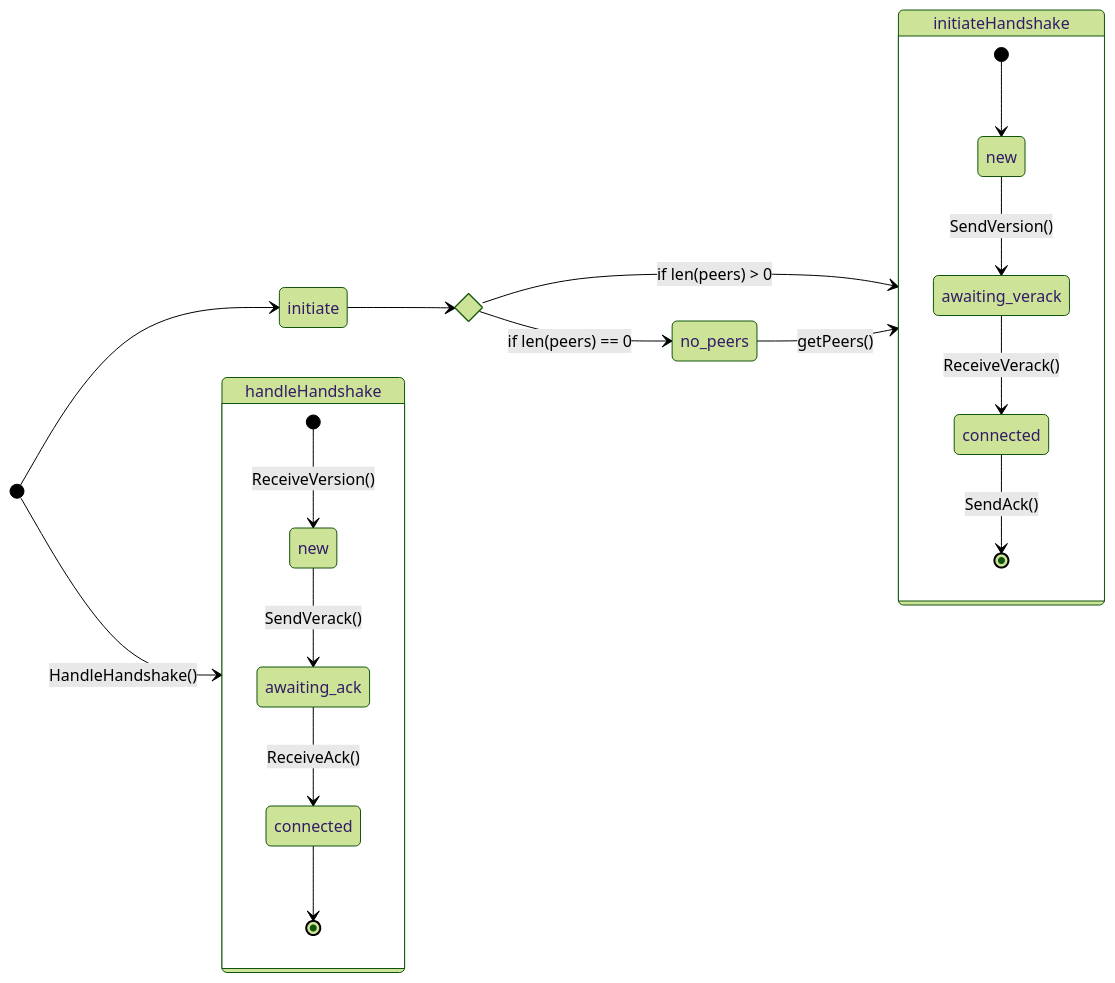
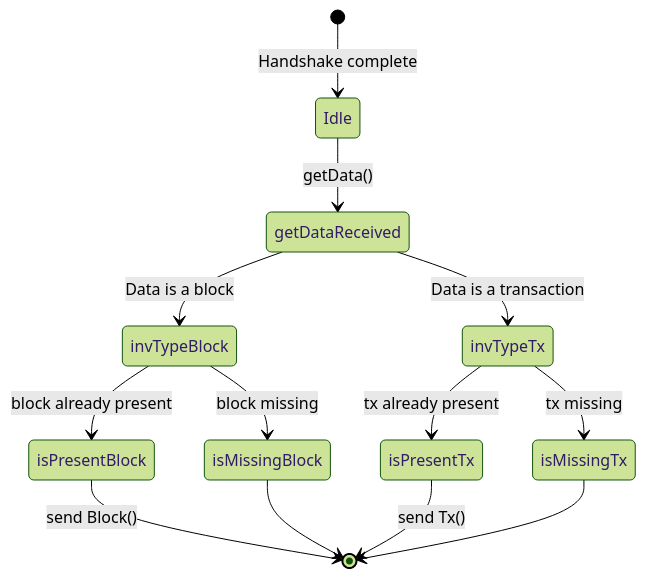
One commit to bjoern621/VSP-Blockchain changed the seventh of 12 diagrams in docs/arc42/arc42-MinerNetwork/MinerNetwork.md. Above: the diagram before and after it, drawn with Mermaid (forest theme). The commit also changed other lines of this file and 25 other files, not shown here.

````diff
--- a/docs/arc42/arc42-MinerNetwork/MinerNetwork.md
+++ b/docs/arc42/arc42-MinerNetwork/MinerNetwork.md
@@ -465,30 +682,19 @@
 ```mermaid
 stateDiagram-v2
-    direction LR
-    state peer_check <<choice>>
-    [*] --> initiate
-    initiate --> peer_check
-    peer_check --> no_peers: if len(peers) == 0
-    peer_check --> initiateHandshake : if len(peers) > 0
-    no_peers --> initiateHandshake : getPeers()
-    [*] --> handleHandshake: HandleHandshake()
-
-    state initiateHandshake {
-        [*] --> new
-        new --> awaiting_verack: SendVersion()
-        awaiting_verack --> connected: ReceiveVerack()
-        connected --> [*]: SendAck()
-    }
-
-    state handleHandshake {
-        [*] --> new_: ReceiveVersion()
-        new_ --> awaiting_ack: SendVerack()
-        awaiting_ack --> connected_: ReceiveAck()
-        connected_ --> [*]
-
-    }
-
-    connected_: connected
-    new_: new
-
+    [*] --> Idle : Handshake complete
+    Idle --> getDataReceived : getData()
+    getDataReceived --> invTypeBlock : Data is a block
+    getDataReceived --> invTypeTx : Data is a transaction
+    
+    invTypeBlock --> isPresentBlock : block already present
+    invTypeBlock --> isMissingBlock : block missing
+    
+    invTypeTx --> isPresentTx : tx already present
+    invTypeTx --> isMissingTx : tx missing
+    
+    isPresentBlock --> [*] : send Block()
+    isMissingBlock --> [*]
+    
+    isPresentTx --> [*] : send Tx()
+    isMissingTx --> [*]
 ```
````
